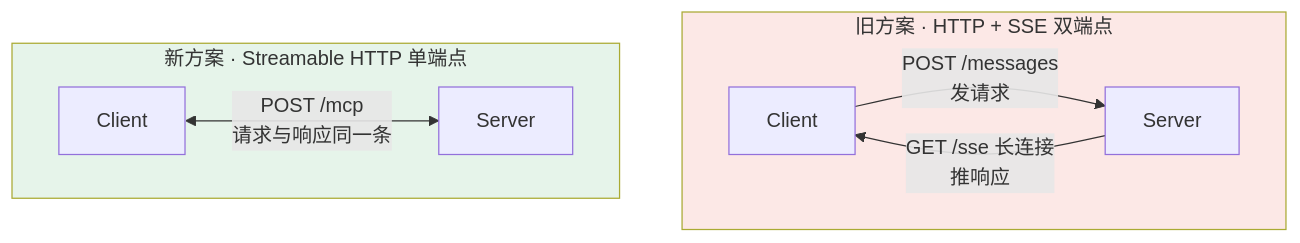
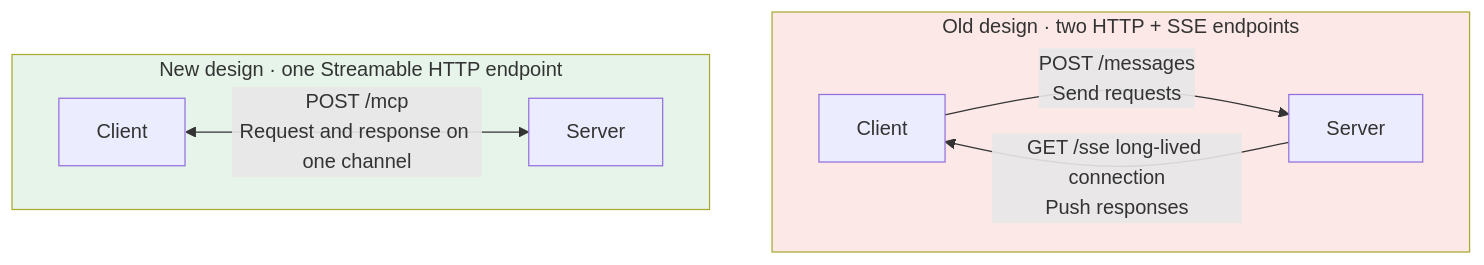
Before and after one commit to oneleaveknowsthefall/awesome-ai-roadmap: the fourth of 4 diagrams in docs/tools/02-mcp/12-mcp-transport.md, drawn with Mermaid. The commit also changed other lines of this file and 42 other files, not shown here.

````diff
--- a/docs/tools/02-mcp/12-mcp-transport.md
+++ b/docs/tools/02-mcp/12-mcp-transport.md
@@ -198,14 +200,14 @@
 ```mermaid
 flowchart TB
-    subgraph OLD["旧方案 · HTTP + SSE 双端点"]
-        C1[Client] -->|"POST /messages<br/>发请求"| S1[Server]
-        S1 -->|"GET /sse 长连接<br/>推响应"| C1
+    subgraph OLD["Old design · two HTTP + SSE endpoints"]
+        C1[Client] -->|"POST /messages<br/>Send requests"| S1[Server]
+        S1 -->|"GET /sse long-lived connection<br/>Push responses"| C1
     end
 
-    subgraph NEW["新方案 · Streamable HTTP 单端点"]
-        C2[Client] <-->|"POST /mcp<br/>请求与响应同一条"| S2[Server]
+    subgraph NEW["New design · one Streamable HTTP endpoint"]
+        C2[Client] <-->|"POST /mcp<br/>Request and response on one channel"| S2[Server]
     end
 
     style OLD fill:#fce8e6
     style NEW fill:#e6f4ea
 ```
````
